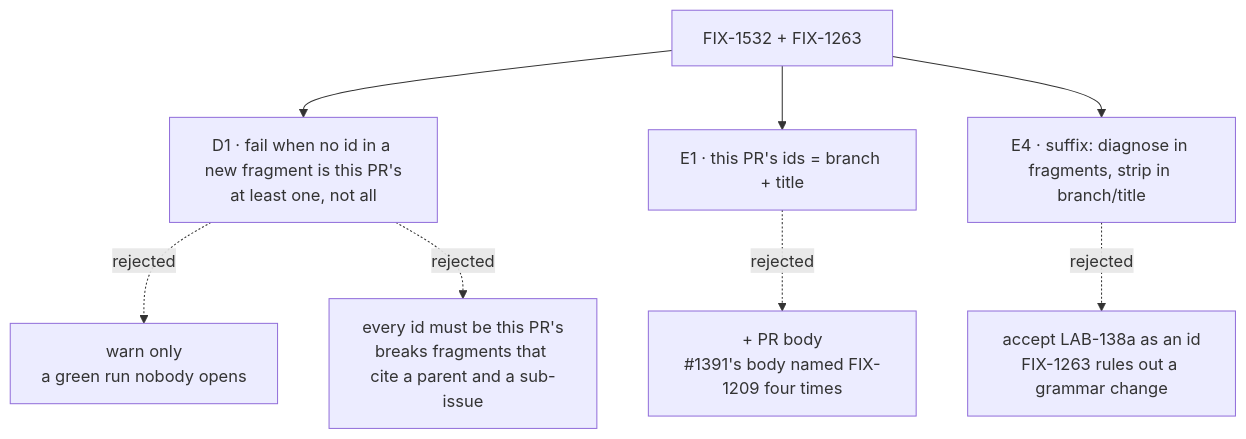
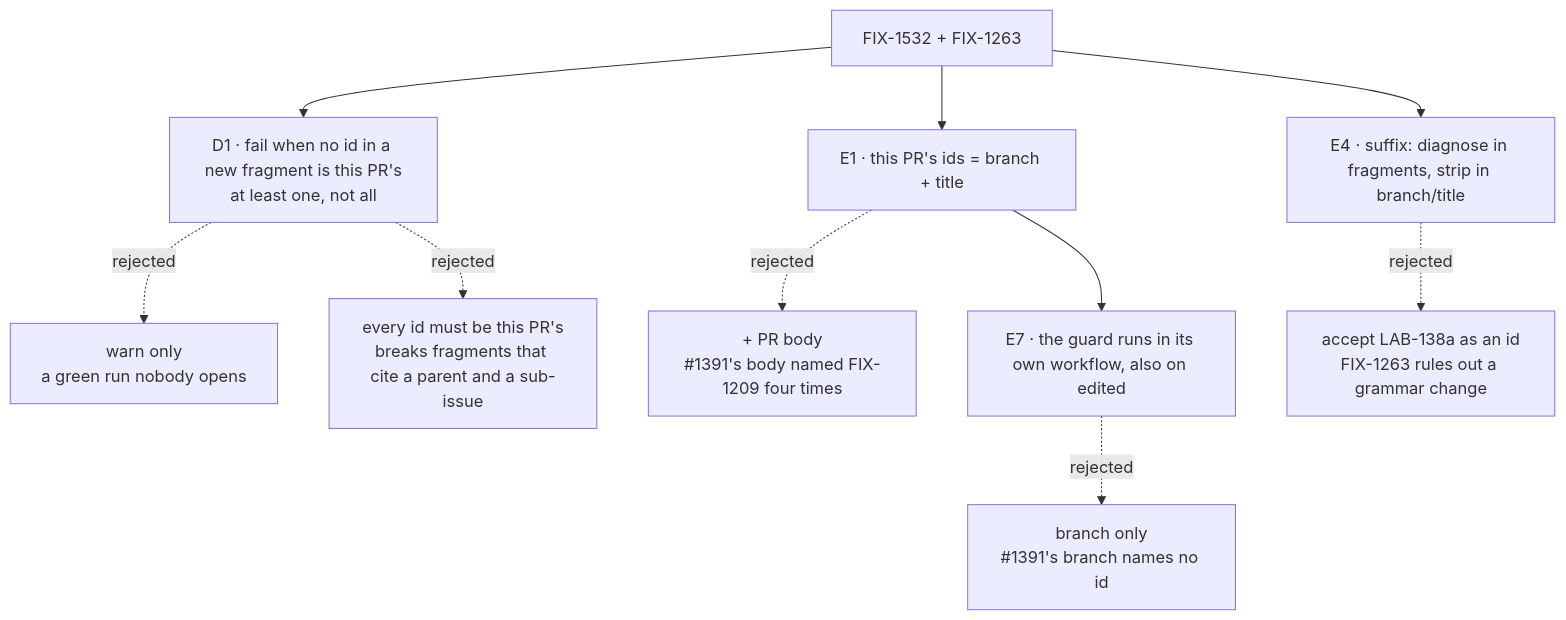
One commit to fixpoint-labs/flow-state-dev changed the diagram in specs/issues/FIX-1532/DECISIONS.md. Above: the diagram before and after it, drawn with Mermaid. The commit also changed other lines of this file and 4 other files, not shown here.

````diff
--- a/specs/issues/FIX-1532/DECISIONS.md
+++ b/specs/issues/FIX-1532/DECISIONS.md
@@ -8,10 +8,12 @@
 ```mermaid
 flowchart TD
   I["FIX-1532 + FIX-1263"] --> D1["D1 · fail when no id in a new fragment is this PR's<br/>at least one, not all"]
   D1 -.->|"rejected"| X1["warn only<br/>a green run nobody opens"]
   D1 -.->|"rejected"| X2["every id must be this PR's<br/>breaks fragments that cite a parent and a sub-issue"]
   I --> E1["E1 · this PR's ids = branch + title"]
   E1 -.->|"rejected"| X3["+ PR body<br/>#1391's body named FIX-1209 four times"]
   I --> E4["E4 · suffix: diagnose in fragments, strip in branch/title"]
   E4 -.->|"rejected"| X4["accept LAB-138a as an id<br/>FIX-1263 rules out a grammar change"]
+  E1 --> E7["E7 · the guard runs in its own workflow, also on edited"]
+  E7 -.->|"rejected"| X5["branch only<br/>#1391's branch names no id"]
 ```
````
